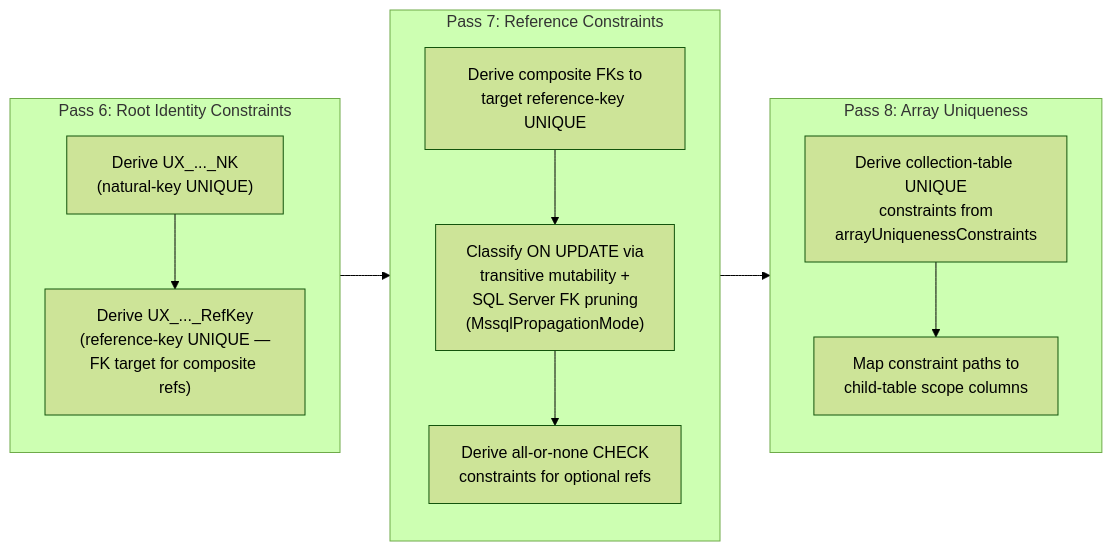
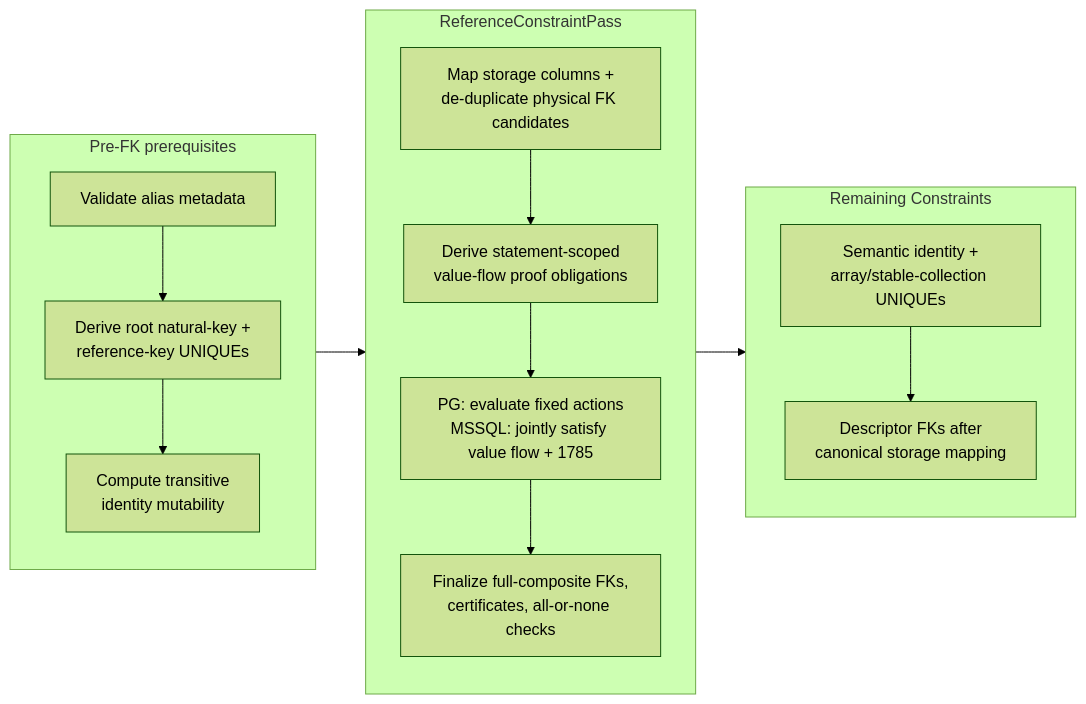
Diagram 14 of 16 in reference/design/backend-redesign/presentations/relational-model-presentation.md (Ed-Fi-Alliance-OSS/Data-Management-Service), drawn with Mermaid (forest theme) before and after one commit. The commit also changed other lines of this file and 18 other files, not shown here.

````diff
--- a/reference/design/backend-redesign/presentations/relational-model-presentation.md
+++ b/reference/design/backend-redesign/presentations/relational-model-presentation.md
@@ -601,26 +677,28 @@
 ```mermaid
 flowchart LR
-    subgraph P6["Pass 6: Root Identity Constraints"]
+    subgraph P7["Pre-FK prerequisites"]
         direction TB
-        P6A["Derive UX_..._NK<br/>(natural-key UNIQUE)"]
-        P6B["Derive UX_..._RefKey<br/>(reference-key UNIQUE —<br/>FK target for composite refs)"]
-        P6A --> P6B
-    end
-
-    subgraph P7["Pass 7: Reference Constraints"]
-        direction TB
-        P7A["Derive composite FKs to<br/>target reference-key UNIQUE"]
-        P7B["Classify ON UPDATE via<br/>transitive mutability +<br/>SQL Server FK pruning<br/>(MssqlPropagationMode)"]
-        P7C["Derive all-or-none CHECK<br/>constraints for optional refs"]
+        P7A["Validate alias metadata"]
+        P7B["Derive root natural-key +<br/>reference-key UNIQUEs"]
+        P7C["Compute transitive<br/>identity mutability"]
         P7A --> P7B --> P7C
     end
 
-    subgraph P8["Pass 8: Array Uniqueness"]
+    subgraph P8["ReferenceConstraintPass"]
         direction TB
-        P8A["Derive collection-table UNIQUE<br/>constraints from<br/>arrayUniquenessConstraints"]
-        P8B["Map constraint paths to<br/>child-table scope columns"]
-        P8A --> P8B
+        P8A["Map storage columns +<br/>de-duplicate physical FK candidates"]
+        P8B["Derive statement-scoped<br/>value-flow proof obligations"]
+        P8C["PG: evaluate fixed actions<br/>MSSQL: jointly satisfy value flow + 1785"]
+        P8D["Finalize full-composite FKs,<br/>certificates, all-or-none checks"]
+        P8A --> P8B --> P8C --> P8D
     end
 
-    P6 --> P7 --> P8
+    subgraph P9["Remaining Constraints"]
+        direction TB
+        P9A["Semantic identity +<br/>array/stable-collection UNIQUEs"]
+        P9B["Descriptor FKs after<br/>canonical storage mapping"]
+        P9A --> P9B
+    end
+
+    P7 --> P8 --> P9
 ```
````
